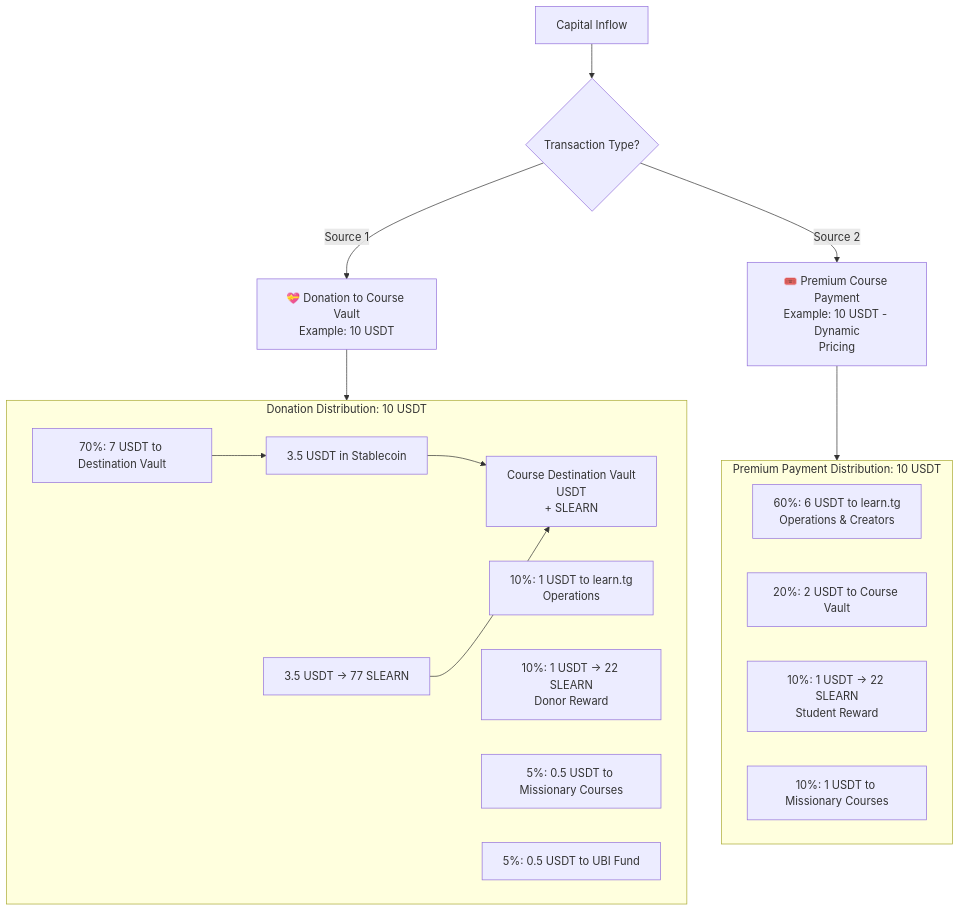
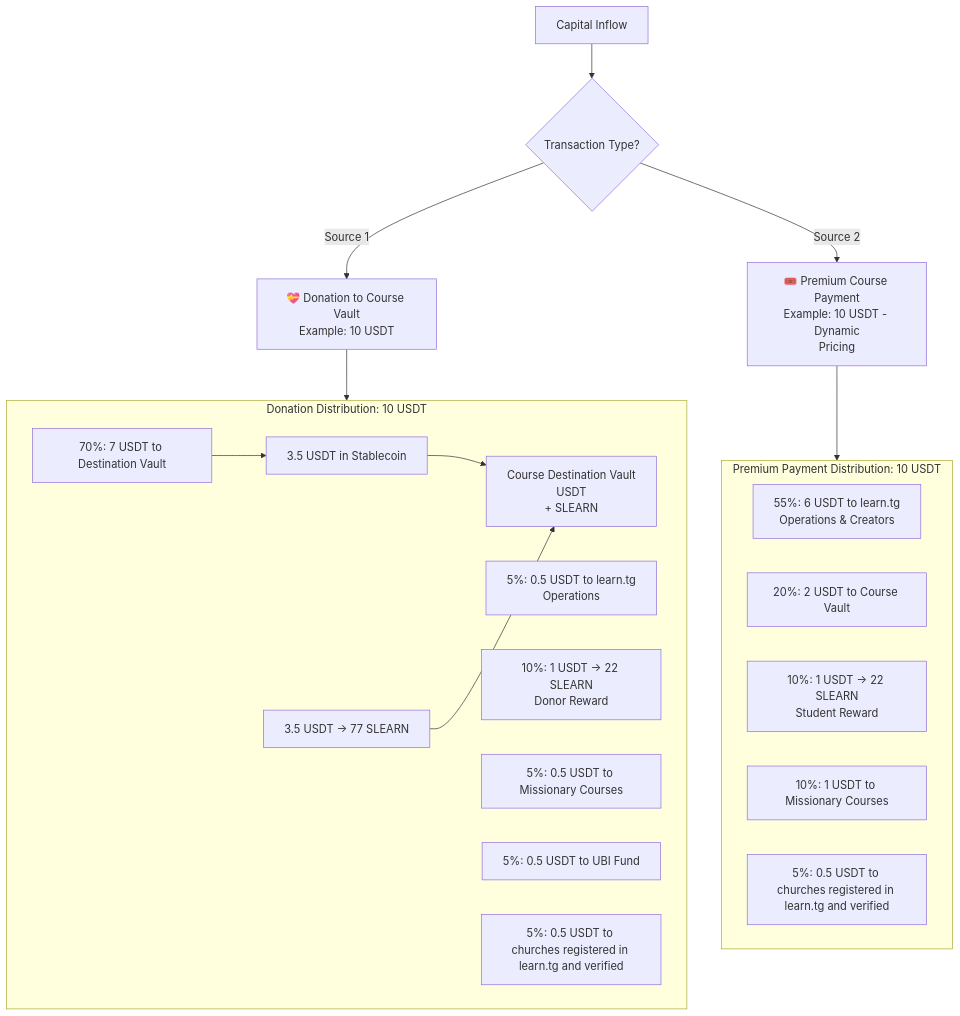
One commit to pasosdeJesus/learn.tg changed the first of 3 diagrams in SLEARN-WHITEPAPER.md. Above: the diagram before and after it, drawn with Mermaid. The commit also changed other lines of this file, not shown here.

````diff
--- a/SLEARN-WHITEPAPER.md
+++ b/SLEARN-WHITEPAPER.md
@@ -63,32 +63,34 @@
 ```mermaid
 flowchart TB
     A[Capital Inflow] --> B{Transaction Type?}
     
     B -->|Source 1| C[💝 Donation to Course Vault<br>Example: 10 USDT]
     B -->|Source 2| D[🎟️ Premium Course Payment<br>Example: 10 USDT - Dynamic
 Pricing]
     
     C --> C1[Donation Distribution]
     D --> D1[Payment Distribution]
     
     subgraph C1 [Donation Distribution: 10 USDT]
         direction LR
         C1_1[70%: 7 USDT to Destination Vault] --> C1_1a
-        C1_2[10%: 1 USDT to learn.tg<br>Operations]
+        C1_2[5%: 0.5 USDT to learn.tg<br>Operations]
         C1_3[10%: 1 USDT → 22 SLEARN<br>Donor Reward]
         C1_4[5%: 0.5 USDT to Missionary Courses]
         C1_5[5%: 0.5 USDT to UBI Fund]
+        C1_6[5%: 0.5 USDT to churches registered in learn.tg and verified]
         
         C1_1a[3.5 USDT in Stablecoin] --> C1_1b[Course Destination Vault<br>USDT
 + SLEARN]
         C1_1a2[3.5 USDT → 77 SLEARN] --> C1_1b
     end
     
     subgraph D1 [Premium Payment Distribution: 10 USDT]
         direction LR
-        D1_1[60%: 6 USDT to learn.tg<br>Operations & Creators]
+        D1_1[55%: 6 USDT to learn.tg<br>Operations & Creators]
         D1_2[20%: 2 USDT to Course Vault]
         D1_3[10%: 1 USDT → 22 SLEARN<br>Student Reward]
         D1_4[10%: 1 USDT to Missionary Courses]
+        D1_5[5%: 0.5 USDT to churches registered in learn.tg and verified]
     end
 ```
````
